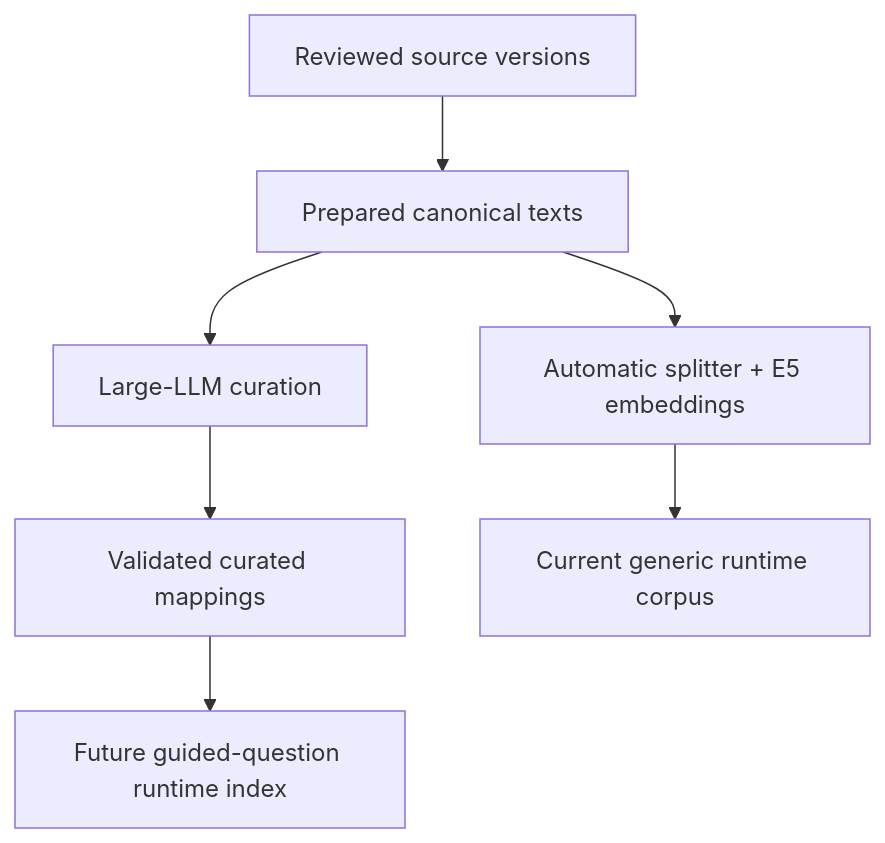
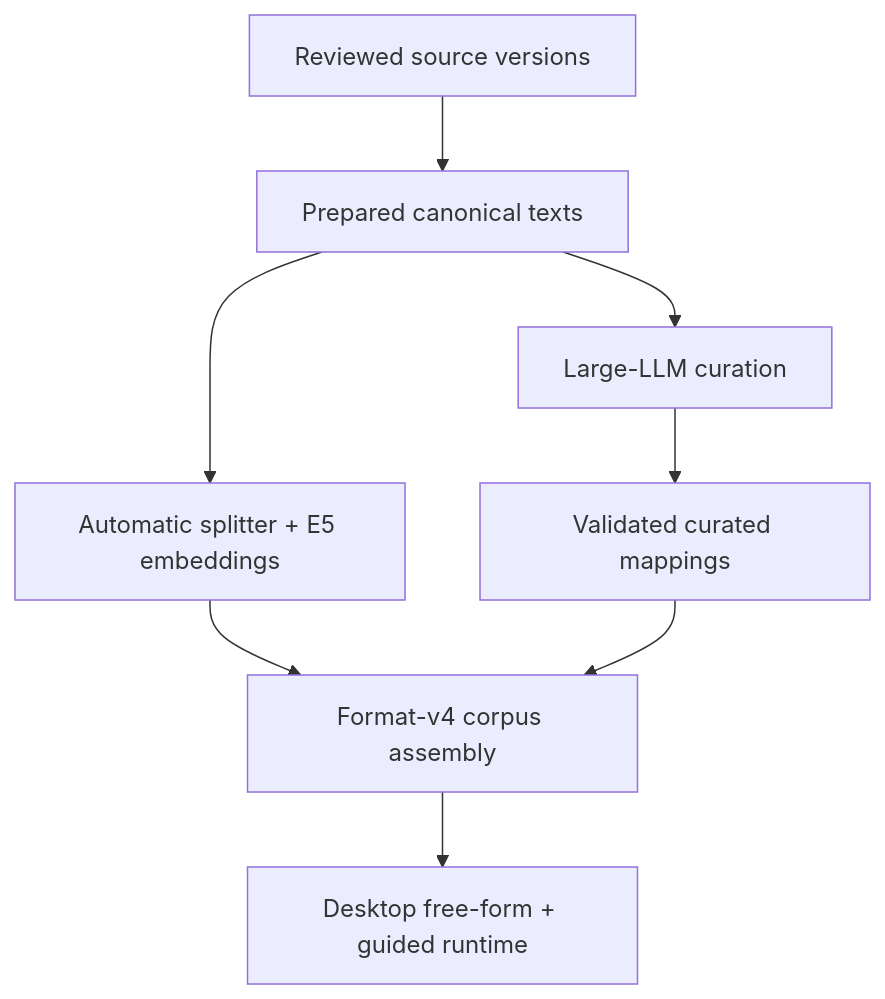
The first of 2 diagrams in docs/WORKFLOW.md (folk21/sibyl), drawn with Mermaid before and after one commit. The commit also changed other lines of this file and 59 other files, not shown here.

Commit message:
add to Desktop a guided-question functionality

````diff
--- a/docs/WORKFLOW.md
+++ b/docs/WORKFLOW.md
@@ -34,9 +34,10 @@
 ```mermaid
 flowchart TD
     S[Reviewed source versions] --> C[Prepared canonical texts]
     C --> L[Large-LLM curation]
     C --> A[Automatic splitter + E5 embeddings]
     L --> M[Validated curated mappings]
-    A --> R[Current generic runtime corpus]
-    M --> F[Future guided-question runtime index]
+    A --> B[Format-v4 corpus assembly]
+    M --> B
+    B --> R[Desktop free-form + guided runtime]
 ```
````
